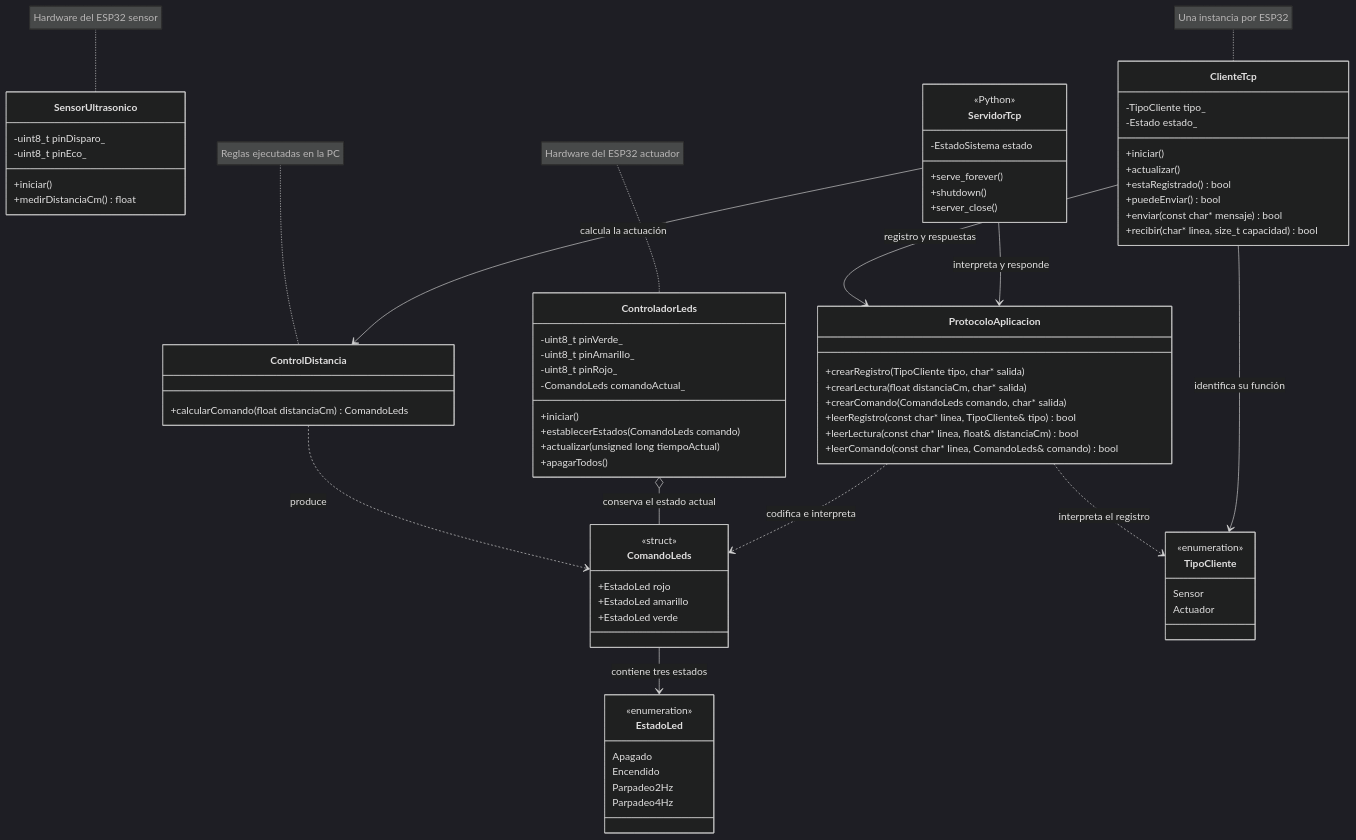
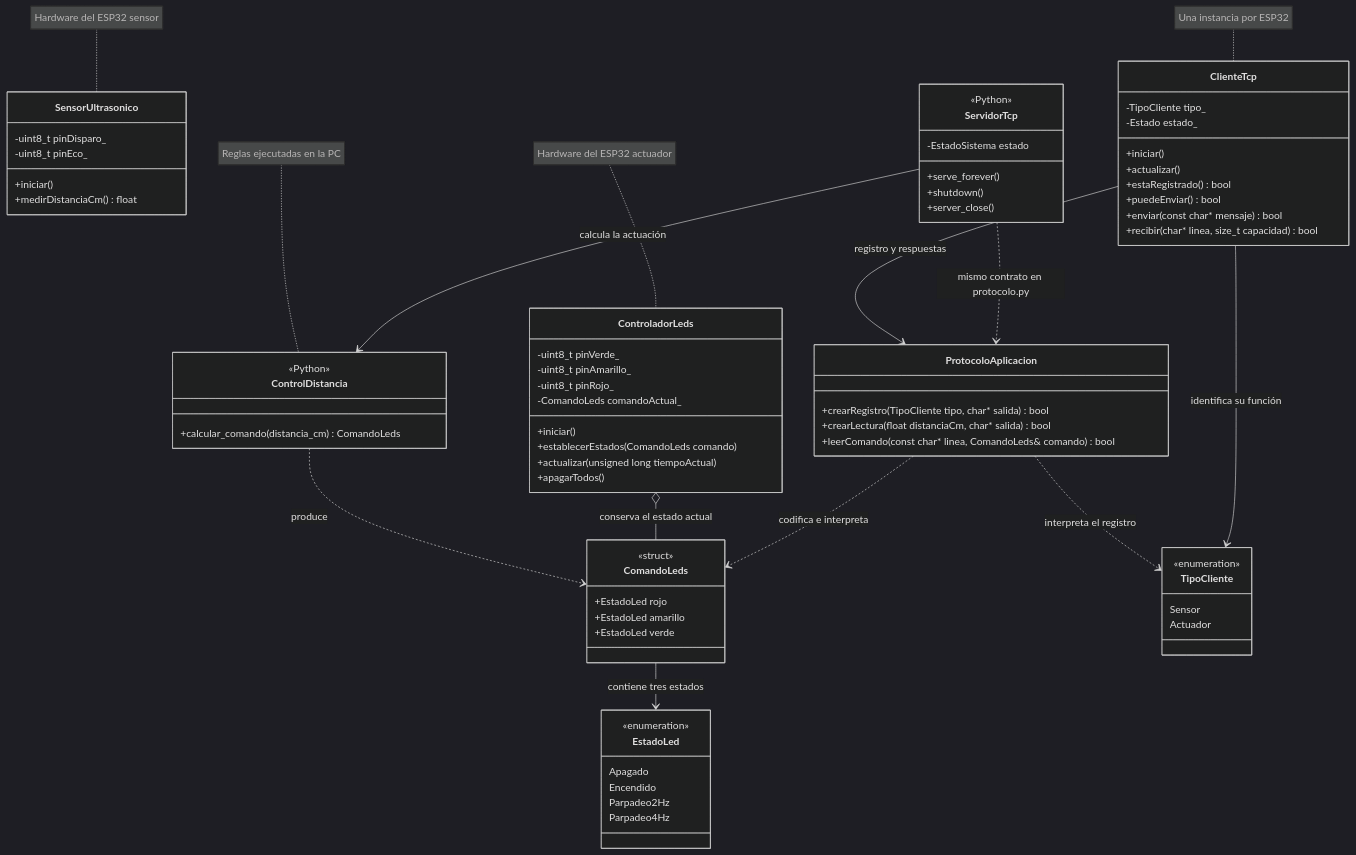
The second of 4 diagrams in docs/diagramas/Diseno_del_sistema.md (JustAdrianMercado/Integracion-de-Objetos-Inteligentes-con-TCP-IP), drawn with Mermaid (dark theme) before and after one commit. The commit also changed other lines of this file and 56 other files, not shown here.

```diff
--- a/docs/diagramas/Diseno_del_sistema.md
+++ b/docs/diagramas/Diseno_del_sistema.md
@@ -176,7 +176,8 @@
     }
 
     class ControlDistancia {
-        +calcularComando(float distanciaCm) ComandoLeds
+        <<Python>>
+        +calcular_comando(distancia_cm) ComandoLeds
     }
 
     class TipoCliente {
@@ -186,11 +187,8 @@
     }
 
     class ProtocoloAplicacion {
-        +crearRegistro(TipoCliente tipo, char* salida)
-        +crearLectura(float distanciaCm, char* salida)
-        +crearComando(ComandoLeds comando, char* salida)
-        +leerRegistro(const char* linea, TipoCliente& tipo) bool
-        +leerLectura(const char* linea, float& distanciaCm) bool
+        +crearRegistro(TipoCliente tipo, char* salida) bool
+        +crearLectura(float distanciaCm, char* salida) bool
         +leerComando(const char* linea, ComandoLeds& comando) bool
     }
 
@@ -220,7 +218,7 @@
     ProtocoloAplicacion ..> TipoCliente : interpreta el registro
     ClienteTcp --> ProtocoloAplicacion : registro y respuestas
     ClienteTcp --> TipoCliente : identifica su función
-    ServidorTcp --> ProtocoloAplicacion : interpreta y responde
+    ServidorTcp ..> ProtocoloAplicacion : mismo contrato en protocolo.py
     ServidorTcp --> ControlDistancia : calcula la actuación
 
     note for SensorUltrasonico "Hardware del ESP32 sensor"
```
